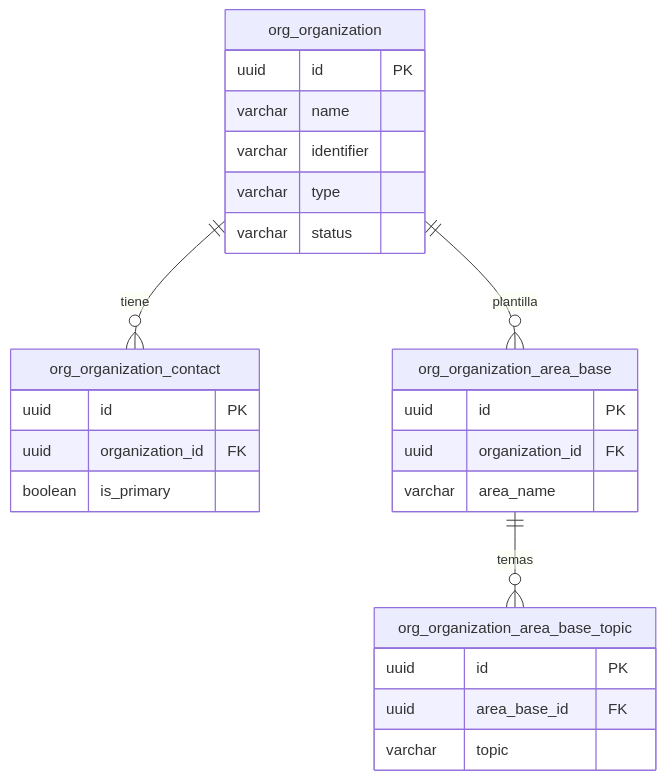
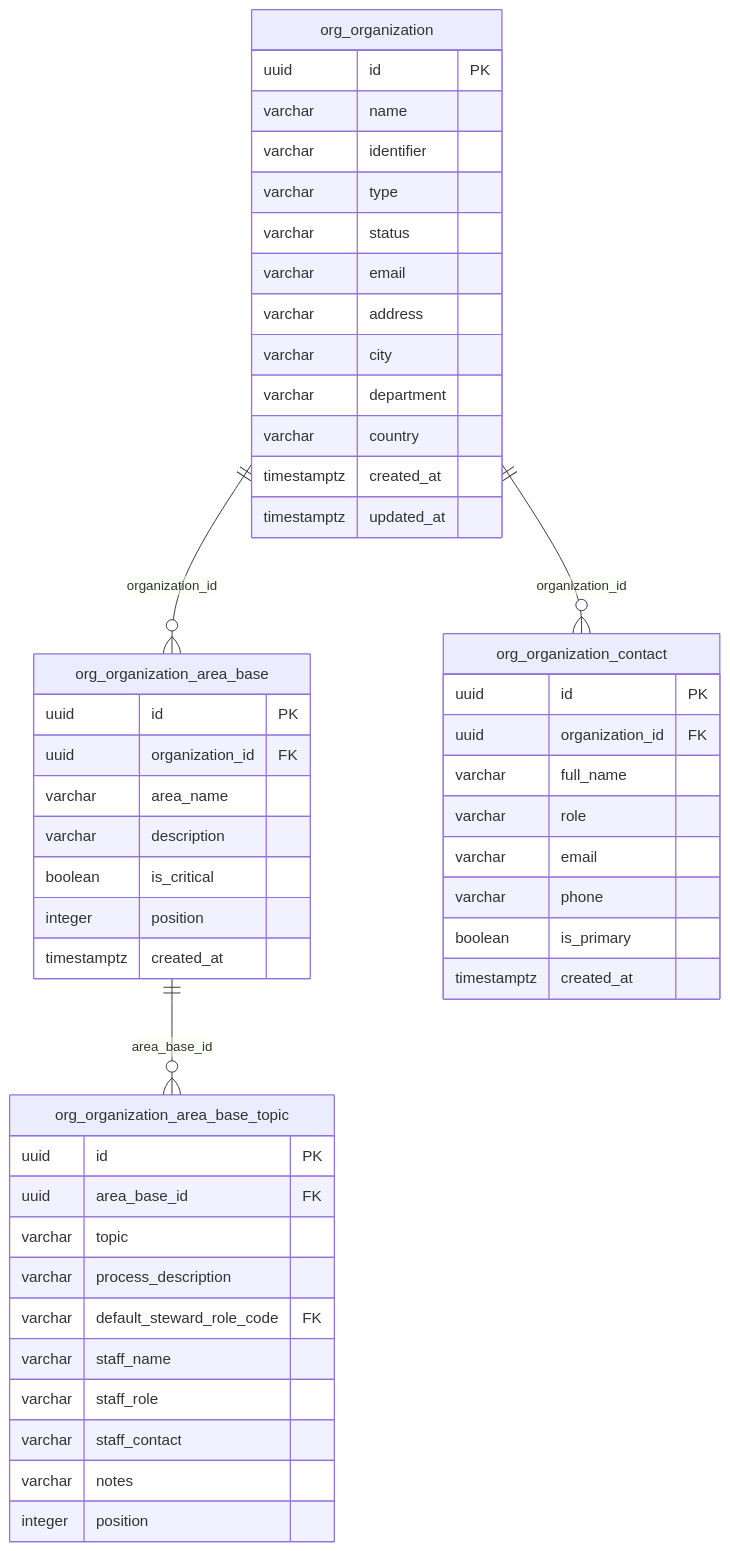
One commit to jdtovar07/MSPI_NVA_CO_DOCS changed the third of 9 diagrams in Documentacion-General/Modelo-Datos-MER.md. Above: the diagram before and after it, drawn with Mermaid. The commit also changed other lines of this file, not shown here.

Commit message:
docs(mer): complete per-schema ER diagrams with all 73 tables, columns and cross-schema references

````diff
--- a/Documentacion-General/Modelo-Datos-MER.md
+++ b/Documentacion-General/Modelo-Datos-MER.md
@@ -111,29 +220,51 @@
 ```mermaid
 erDiagram
-  org_organization ||--o{ org_organization_contact : tiene
-  org_organization ||--o{ org_organization_area_base : plantilla
-  org_organization_area_base ||--o{ org_organization_area_base_topic : temas
-
+  org_organization ||--o{ org_organization_area_base : "organization_id"
+  org_organization_area_base ||--o{ org_organization_area_base_topic : "area_base_id"
+  org_organization ||--o{ org_organization_contact : "organization_id"
   org_organization {
     uuid id PK
     varchar name
     varchar identifier
     varchar type
     varchar status
-  }
-  org_organization_contact {
-    uuid id PK
-    uuid organization_id FK
-    boolean is_primary
+    varchar email
+    varchar address
+    varchar city
+    varchar department
+    varchar country
+    timestamptz created_at
+    timestamptz updated_at
   }
   org_organization_area_base {
     uuid id PK
     uuid organization_id FK
     varchar area_name
+    varchar description
+    boolean is_critical
+    integer position
+    timestamptz created_at
   }
   org_organization_area_base_topic {
     uuid id PK
     uuid area_base_id FK
     varchar topic
+    varchar process_description
+    varchar default_steward_role_code FK
+    varchar staff_name
+    varchar staff_role
+    varchar staff_contact
+    varchar notes
+    integer position
+  }
+  org_organization_contact {
+    uuid id PK
+    uuid organization_id FK
+    varchar full_name
+    varchar role
+    varchar email
+    varchar phone
+    boolean is_primary
+    timestamptz created_at
   }
 ```
````
